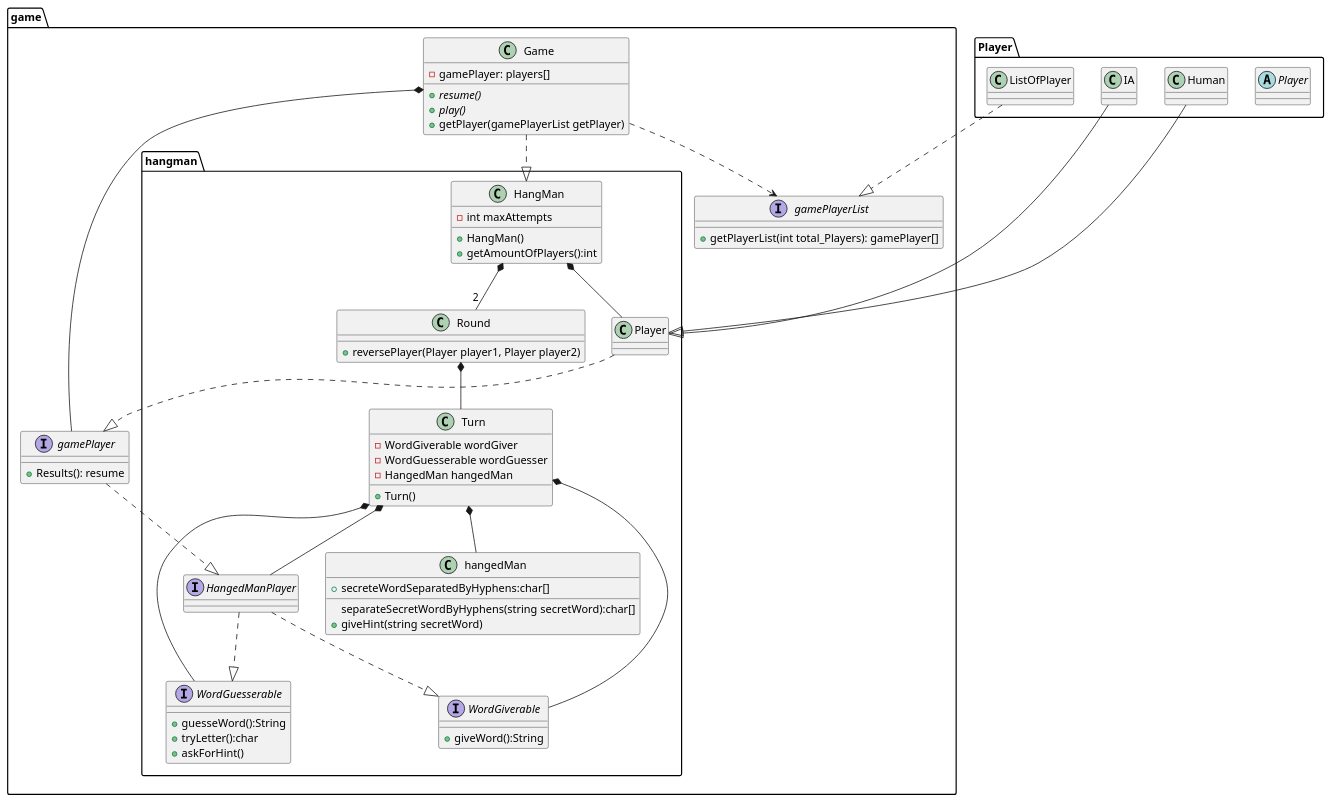
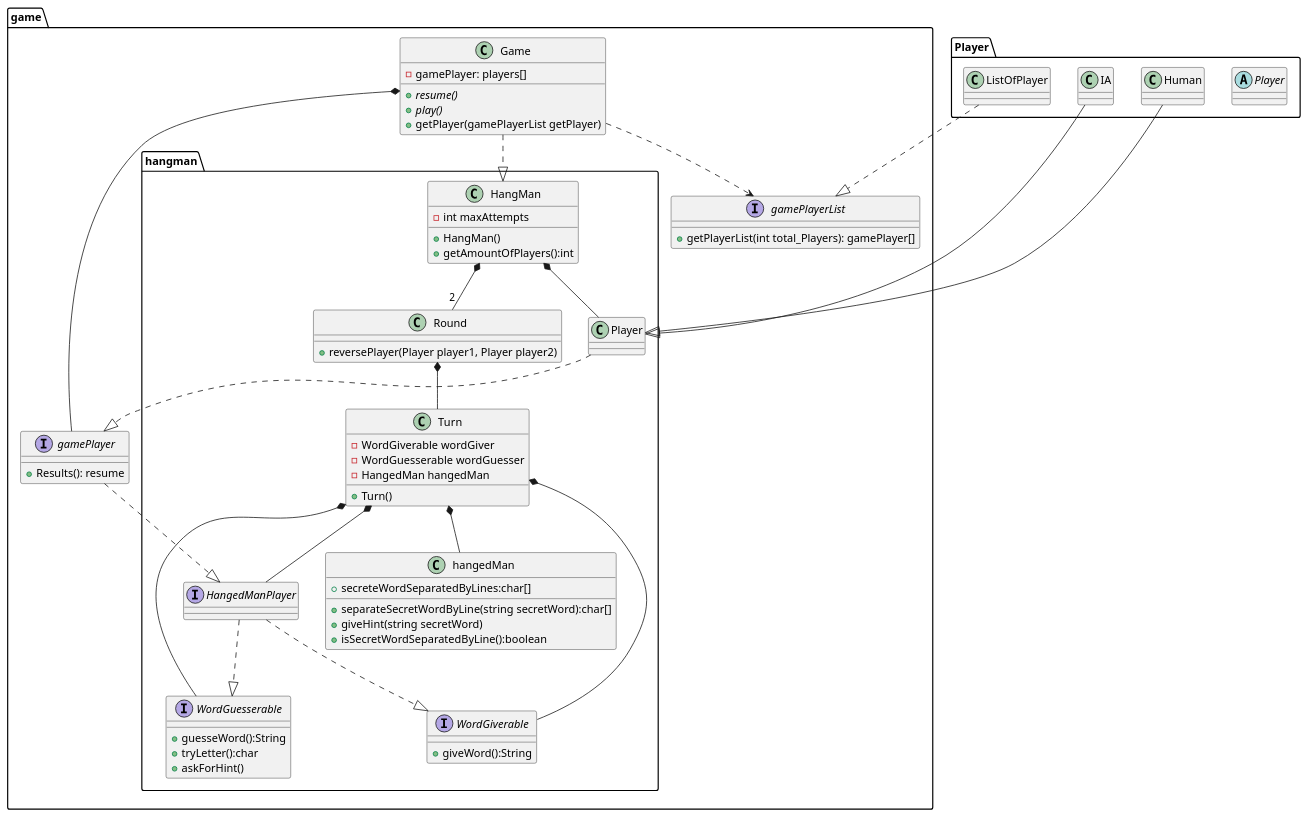
Before and after one commit to sergiomendez2/newworkspacecodinggame: the diagram in docs/classdiagram/hangmanClassDiagram.puml, drawn with PlantUML. The commit also changed 5 other files, not shown here.

```diff
--- a/docs/classdiagram/hangmanClassDiagram.puml
+++ b/docs/classdiagram/hangmanClassDiagram.puml
@@ -1,83 +1,83 @@
 @startuml
 package Player {
 abstract Player{}
 class ListOfPlayer{}
 class IA
 class Human
 }
 package game {
 
 interface gamePlayer{
         +Results(): resume
     }
     class Game {
         -gamePlayer: players[]
         +{abstract} resume()
         +{abstract} play()
         +getPlayer(gamePlayerList getPlayer)
     }
     interface gamePlayerList{
             +getPlayerList(int total_Players): gamePlayer[]
     }
 
 package hangman{
 class hangedMan{
-+secreteWordSeparatedByHyphens:char[]
-separateSecretWordByHyphens(string secretWord):char[]
++secreteWordSeparatedByLines:char[]
++separateSecretWordByLine(string secretWord):char[]
 +giveHint(string secretWord)
++isSecretWordSeparatedByLine():boolean
 }
 Interface HangedManPlayer
     class HangMan{
         +HangMan()
         +getAmountOfPlayers():int
         -int maxAttempts
     }
 
     class Round{
     +reversePlayer(Player player1, Player player2)
     }
-
     class Turn{
         -WordGiverable wordGiver
         -WordGuesserable wordGuesser
         -HangedMan hangedMan
         +Turn()
     }
 
     interface WordGiverable{
         +giveWord():String
     }
 
     interface WordGuesserable{
         +guesseWord():String
         +tryLetter():char
         +askForHint()
     }
 
     HangedManPlayer ..|> WordGiverable
     HangedManPlayer ..|> WordGuesserable
 
     Turn *-- WordGiverable
     Turn *-- WordGuesserable
     Turn *-- hangedMan
     Round *-- Turn
     HangMan *-- Player
     HangMan *-- "2" Round
 
 
 
 
 gamePlayer..|> HangedManPlayer
 Player ..|> gamePlayer
 ListOfPlayer ..|> gamePlayerList
 Game..>gamePlayerList
 Game..|>HangMan
 Game*--gamePlayer
 IA--|>Player
 Human--|>Player
 Turn*--HangedManPlayer
 
 
 }
 }
 @enduml
```
